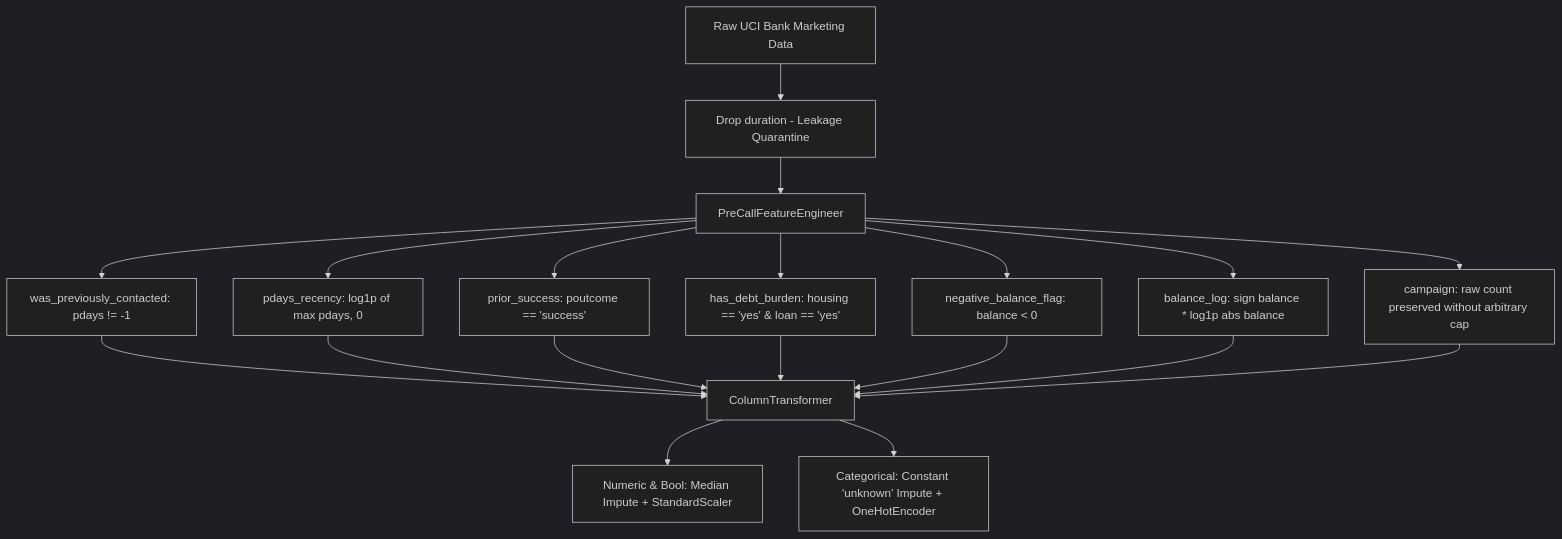
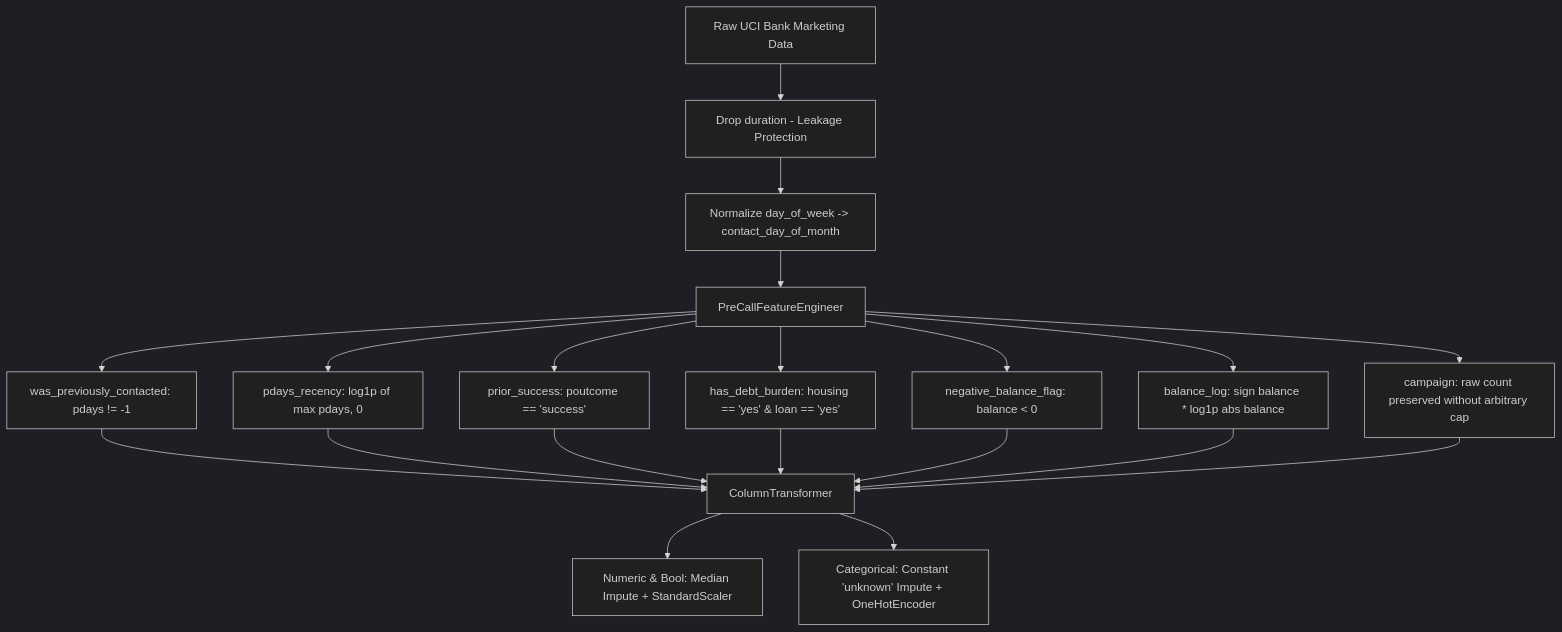
The diagram in reports/data_audit_report.md (Deaversbp/uci_banking_ML_project), drawn with Mermaid (dark theme) before and after one commit. The commit also changed other lines of this file and 7 other files, not shown here.

````diff
--- a/reports/data_audit_report.md
+++ b/reports/data_audit_report.md
@@ -203,17 +210,18 @@
 ```mermaid
 flowchart TD
-    Raw[Raw UCI Bank Marketing Data] --> Drop[Drop duration - Leakage Quarantine]
-    Drop --> Eng[PreCallFeatureEngineer]
+    Raw[Raw UCI Bank Marketing Data] --> Drop[Drop duration - Leakage Protection]
+    Drop --> Norm[Normalize day_of_week -> contact_day_of_month]
+    Norm --> Eng[PreCallFeatureEngineer]
     
     Eng --> F1[was_previously_contacted: pdays != -1]
     Eng --> F2[pdays_recency: log1p of max pdays, 0]
     Eng --> F3[prior_success: poutcome == 'success']
     Eng --> F4[has_debt_burden: housing == 'yes' & loan == 'yes']
     Eng --> F5[negative_balance_flag: balance < 0]
     Eng --> F6[balance_log: sign balance * log1p abs balance]
     Eng --> F7[campaign: raw count preserved without arbitrary cap]
     
     F1 & F2 & F3 & F4 & F5 & F6 & F7 --> Preproc[ColumnTransformer]
     Preproc --> NumPipe[Numeric & Bool: Median Impute + StandardScaler]
     Preproc --> CatPipe[Categorical: Constant 'unknown' Impute + OneHotEncoder]
 ```
````
